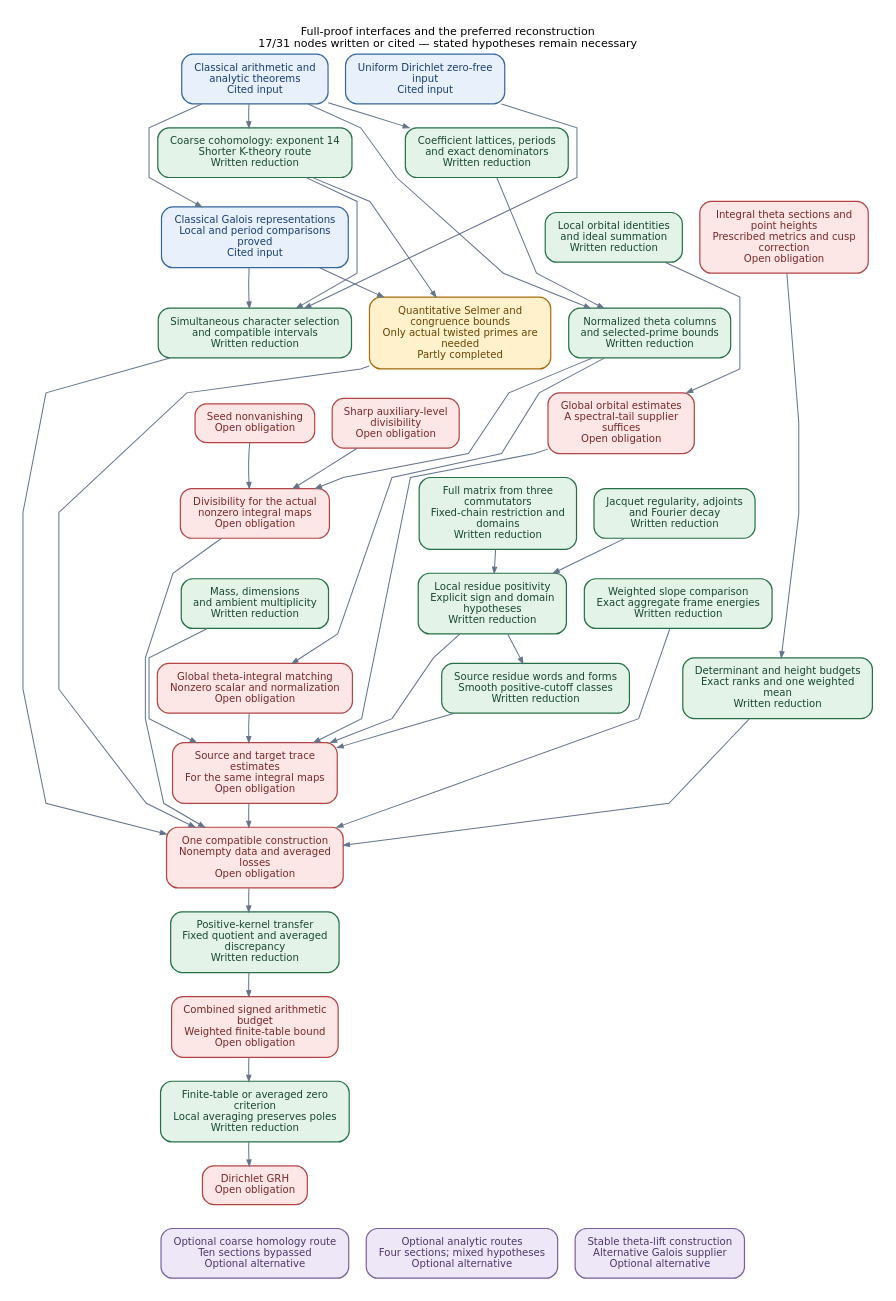
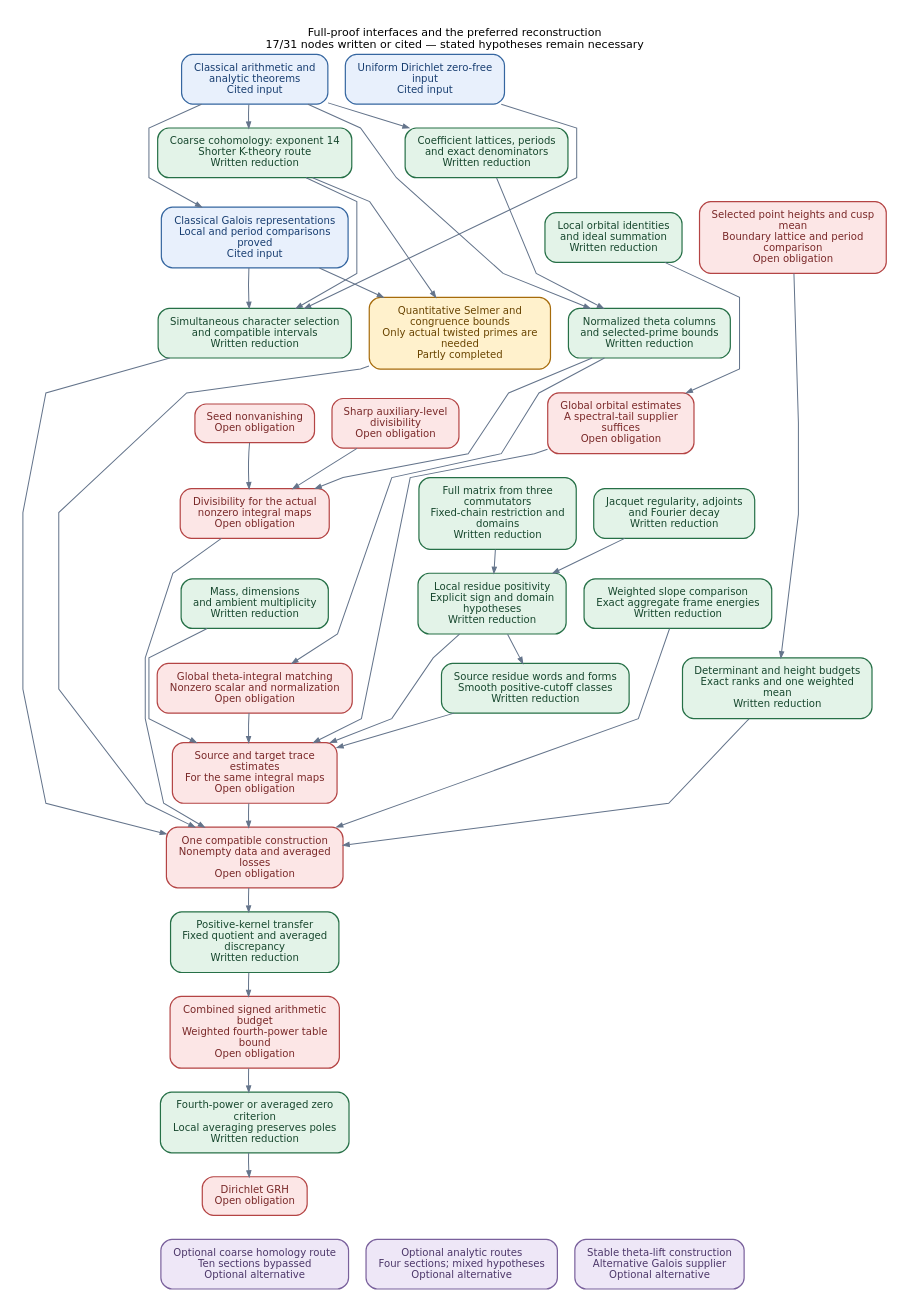
One commit to JoseBrox/GRH_distillation changed the diagram in blueprint/grh/proof.dot. Above: the diagram before and after it, drawn with Graphviz. The commit also changed 71 other files, not shown here.

```diff
--- a/blueprint/grh/proof.dot
+++ b/blueprint/grh/proof.dot
@@ -1,119 +1,119 @@
 digraph proof {
 graph [rankdir=TB, bgcolor="white", pad="0.24", nodesep="0.30", ranksep="0.48",
   fontname="DejaVu Sans", fontsize=12, labelloc=t, label="Full-proof interfaces and the preferred reconstruction\n17/31 nodes written or cited — stated hypotheses remain necessary", splines=polyline];
 node [shape=box, style="rounded,filled", fontname="DejaVu Sans", fontsize=11,
   margin="0.18,0.12", penwidth=1.3];
 edge [color="#64748B", penwidth=1.1, arrowsize=0.65];
 graph [nodesep="0.26", ranksep="0.36"];
 "qrh" [label="Uniform Dirichlet zero-free\ninput\nCited input", fillcolor="#E8F0FC", color="#3566A0", fontcolor="#173D70"];
 "classical" [label="Classical arithmetic and\nanalytic theorems\nCited input", fillcolor="#E8F0FC", color="#3566A0", fontcolor="#173D70"];
 "selection" [label="Simultaneous character selection\nand compatible intervals\nWritten reduction", fillcolor="#E3F3E8", color="#267047", fontcolor="#17472E"];
 "coarse" [label="Coarse cohomology: exponent 14\nShorter K-theory route\nWritten reduction", fillcolor="#E3F3E8", color="#267047", fontcolor="#17472E"];
 "refined" [label="Quantitative Selmer and\ncongruence bounds\nOnly actual twisted primes are\nneeded\nPartly completed", fillcolor="#FFF1CC", color="#A66B0B", fontcolor="#694400"];
 "coefficients" [label="Coefficient lattices, periods\nand exact denominators\nWritten reduction", fillcolor="#E3F3E8", color="#267047", fontcolor="#17472E"];
 "theta" [label="Normalized theta columns\nand selected-prime bounds\nWritten reduction", fillcolor="#E3F3E8", color="#267047", fontcolor="#17472E"];
 "seed" [label="Seed nonvanishing\nOpen obligation", fillcolor="#FCE6E6", color="#B44444", fontcolor="#792828"];
 "level" [label="Sharp auxiliary-level\ndivisibility\nOpen obligation", fillcolor="#FCE6E6", color="#B44444", fontcolor="#792828"];
 "divisibility" [label="Divisibility for the actual\nnonzero integral maps\nOpen obligation", fillcolor="#FCE6E6", color="#B44444", fontcolor="#792828"];
 "local_orbits" [label="Local orbital identities\nand ideal summation\nWritten reduction", fillcolor="#E3F3E8", color="#267047", fontcolor="#17472E"];
 "global_orbits" [label="Global orbital estimates\nA spectral-tail supplier\nsuffices\nOpen obligation", fillcolor="#FCE6E6", color="#B44444", fontcolor="#792828"];
 "dimensions" [label="Mass, dimensions\nand ambient multiplicity\nWritten reduction", fillcolor="#E3F3E8", color="#267047", fontcolor="#17472E"];
 "matrix" [label="Full matrix from three\ncommutators\nFixed-chain restriction and\ndomains\nWritten reduction", fillcolor="#E3F3E8", color="#267047", fontcolor="#17472E"];
 "jacquet" [label="Jacquet regularity, adjoints\nand Fourier decay\nWritten reduction", fillcolor="#E3F3E8", color="#267047", fontcolor="#17472E"];
 "residue" [label="Local residue positivity\nExplicit sign and domain\nhypotheses\nWritten reduction", fillcolor="#E3F3E8", color="#267047", fontcolor="#17472E"];
 "norms" [label="Source and target trace\nestimates\nFor the same integral maps\nOpen obligation", fillcolor="#FCE6E6", color="#B44444", fontcolor="#792828"];
 "slope" [label="Weighted slope comparison\nExact aggregate frame energies\nWritten reduction", fillcolor="#E3F3E8", color="#267047", fontcolor="#17472E"];
 "compatible" [label="One compatible construction\nNonempty data and averaged\nlosses\nOpen obligation", fillcolor="#FCE6E6", color="#B44444", fontcolor="#792828"];
-"bound" [label="Combined signed arithmetic\nbudget\nWeighted finite-table bound\nOpen obligation", fillcolor="#FCE6E6", color="#B44444", fontcolor="#792828"];
-"criterion" [label="Finite-table or averaged zero\ncriterion\nLocal averaging preserves poles\nWritten reduction", fillcolor="#E3F3E8", color="#267047", fontcolor="#17472E"];
+"bound" [label="Combined signed arithmetic\nbudget\nWeighted fourth-power table\nbound\nOpen obligation", fillcolor="#FCE6E6", color="#B44444", fontcolor="#792828"];
+"criterion" [label="Fourth-power or averaged zero\ncriterion\nLocal averaging preserves poles\nWritten reduction", fillcolor="#E3F3E8", color="#267047", fontcolor="#17472E"];
 "grh" [label="Dirichlet GRH\nOpen obligation", fillcolor="#FCE6E6", color="#B44444", fontcolor="#792828"];
 "alt_homology" [label="Optional coarse homology route\nTen sections bypassed\nOptional alternative", fillcolor="#EEE7F7", color="#79609C", fontcolor="#4C3769"];
 "alt_analytic" [label="Optional analytic routes\nFour sections; mixed hypotheses\nOptional alternative", fillcolor="#EEE7F7", color="#79609C", fontcolor="#4C3769"];
 "galois" [label="Classical Galois representations\nLocal and period comparisons\nproved\nCited input", fillcolor="#E8F0FC", color="#3566A0", fontcolor="#173D70"];
 "stable_lift" [label="Stable theta-lift construction\nAlternative Galois supplier\nOptional alternative", fillcolor="#EEE7F7", color="#79609C", fontcolor="#4C3769"];
 "theta_identity" [label="Global theta-integral matching\nNonzero scalar and normalization\nOpen obligation", fillcolor="#FCE6E6", color="#B44444", fontcolor="#792828"];
-"geometry" [label="Integral theta sections and\npoint heights\nPrescribed metrics and cusp\ncorrection\nOpen obligation", fillcolor="#FCE6E6", color="#B44444", fontcolor="#792828"];
+"geometry" [label="Selected point heights and cusp\nmean\nBoundary lattice and period\ncomparison\nOpen obligation", fillcolor="#FCE6E6", color="#B44444", fontcolor="#792828"];
 "source_dictionary" [label="Source residue words and forms\nSmooth positive-cutoff classes\nWritten reduction", fillcolor="#E3F3E8", color="#267047", fontcolor="#17472E"];
 "covolume_defect" [label="Determinant and height budgets\nExact ranks and one weighted\nmean\nWritten reduction", fillcolor="#E3F3E8", color="#267047", fontcolor="#17472E"];
 "averaging" [label="Positive-kernel transfer\nFixed quotient and averaged\ndiscrepancy\nWritten reduction", fillcolor="#E3F3E8", color="#267047", fontcolor="#17472E"];
 "qrh" -> "selection";
 "classical" -> "coarse";
 "coarse" -> "selection";
 "coarse" -> "refined";
 "classical" -> "coefficients";
 "classical" -> "theta";
 "coefficients" -> "theta";
 "theta" -> "divisibility";
 "seed" -> "divisibility";
 "level" -> "divisibility";
 "local_orbits" -> "global_orbits";
 "global_orbits" -> "norms";
 "dimensions" -> "norms";
 "matrix" -> "residue";
 "jacquet" -> "residue";
 "residue" -> "norms";
 "selection" -> "compatible";
 "refined" -> "compatible";
 "divisibility" -> "compatible";
 "norms" -> "compatible";
 "slope" -> "compatible";
 "bound" -> "criterion";
 "criterion" -> "grh";
 "galois" -> "selection";
 "galois" -> "refined";
 "theta" -> "theta_identity";
 "theta_identity" -> "norms";
 "residue" -> "source_dictionary";
 "source_dictionary" -> "norms";
 "geometry" -> "covolume_defect";
 "covolume_defect" -> "compatible";
 "compatible" -> "averaging";
 "averaging" -> "bound";
 "classical" -> "galois";
 {rank=same; "classical"; "qrh";}
 {rank=same; "coarse"; "coefficients";}
 {rank=same; "galois"; "local_orbits"; "geometry";}
 {rank=same; "selection"; "refined"; "theta";}
 {rank=same; "seed"; "level"; "global_orbits";}
 {rank=same; "divisibility"; "matrix"; "jacquet";}
 {rank=same; "dimensions"; "residue"; "slope";}
 {rank=same; "theta_identity"; "source_dictionary"; "covolume_defect";}
 {rank=same; "norms";}
 {rank=same; "compatible";}
 {rank=same; "averaging";}
 {rank=same; "bound";}
 {rank=same; "criterion";}
 {rank=same; "grh";}
 {rank=same; "alt_homology"; "alt_analytic"; "stable_lift";}
 // Invisible edges below control layout only; they are not proof interfaces.
 "classical" -> "qrh" [style=invis, weight=50];
 "coarse" -> "coefficients" [style=invis, weight=50];
 "galois" -> "local_orbits" [style=invis, weight=50];
 "local_orbits" -> "geometry" [style=invis, weight=50];
 "selection" -> "refined" [style=invis, weight=50];
 "refined" -> "theta" [style=invis, weight=50];
 "seed" -> "level" [style=invis, weight=50];
 "level" -> "global_orbits" [style=invis, weight=50];
 "divisibility" -> "matrix" [style=invis, weight=50];
 "matrix" -> "jacquet" [style=invis, weight=50];
 "dimensions" -> "residue" [style=invis, weight=50];
 "residue" -> "slope" [style=invis, weight=50];
 "theta_identity" -> "source_dictionary" [style=invis, weight=50];
 "source_dictionary" -> "covolume_defect" [style=invis, weight=50];
 "alt_homology" -> "alt_analytic" [style=invis, weight=50];
 "alt_analytic" -> "stable_lift" [style=invis, weight=50];
 "classical" -> "coarse" [style=invis, weight=50];
 "coarse" -> "galois" [style=invis, weight=50];
 "galois" -> "selection" [style=invis, weight=50];
 "selection" -> "seed" [style=invis, weight=50];
 "seed" -> "divisibility" [style=invis, weight=50];
 "divisibility" -> "dimensions" [style=invis, weight=50];
 "dimensions" -> "theta_identity" [style=invis, weight=50];
 "theta_identity" -> "norms" [style=invis, weight=50];
 "norms" -> "compatible" [style=invis, weight=50];
 "compatible" -> "averaging" [style=invis, weight=50];
 "averaging" -> "bound" [style=invis, weight=50];
 "bound" -> "criterion" [style=invis, weight=50];
 "criterion" -> "grh" [style=invis, weight=50];
 "grh" -> "alt_homology" [style=invis, weight=50];
 }
```
